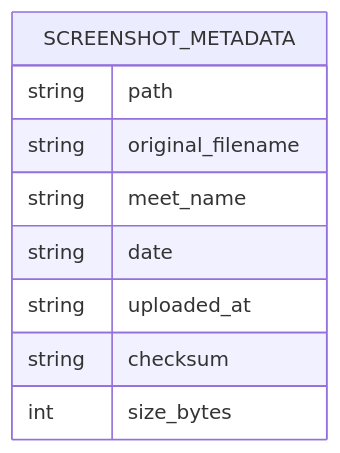
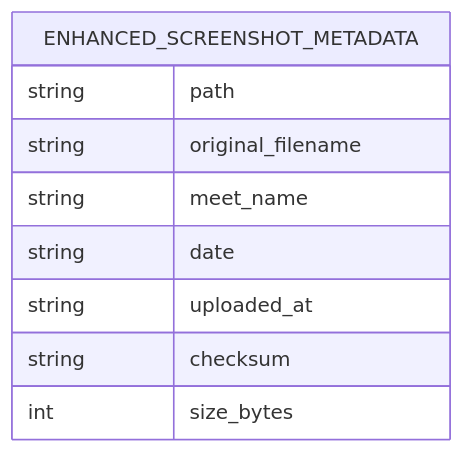
One commit to Johnny22056/SwimingStatus changed the sixth of 9 diagrams in .qoder/repowiki/en/content/Feature Modules/Screenshot Processing.md. Above: the diagram before and after it, drawn with Mermaid. The commit also changed other lines of this file and 8 other files, not shown here.

````diff
--- a/.qoder/repowiki/en/content/Feature Modules/Screenshot Processing.md
+++ b/.qoder/repowiki/en/content/Feature Modules/Screenshot Processing.md
@@ -221,12 +233,12 @@
 ```mermaid
 erDiagram
-SCREENSHOT_METADATA {
+ENHANCED_SCREENSHOT_METADATA {
 string path
 string original_filename
 string meet_name
 string date
 string uploaded_at
 string checksum
 int size_bytes
 }
 ```
````
